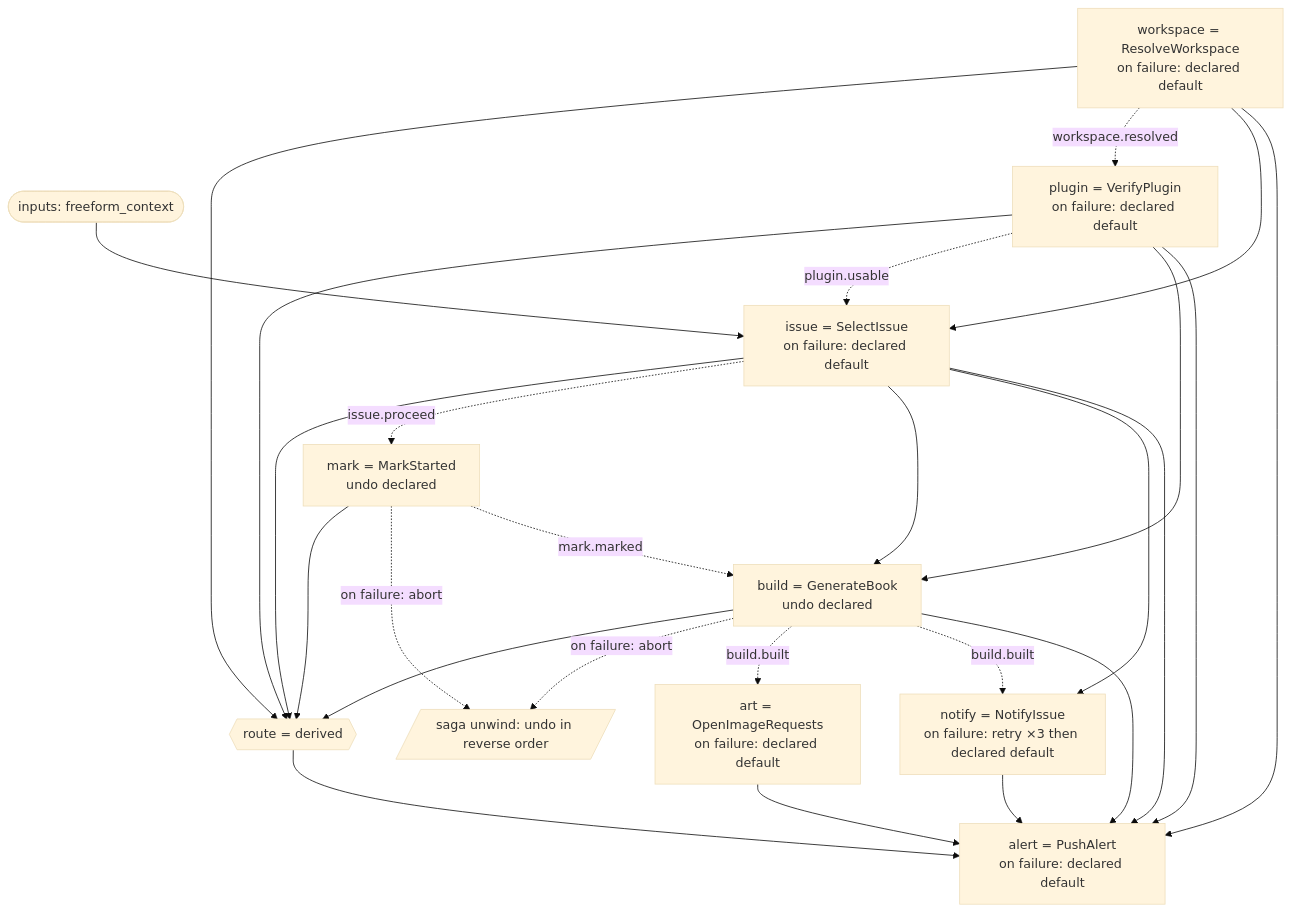
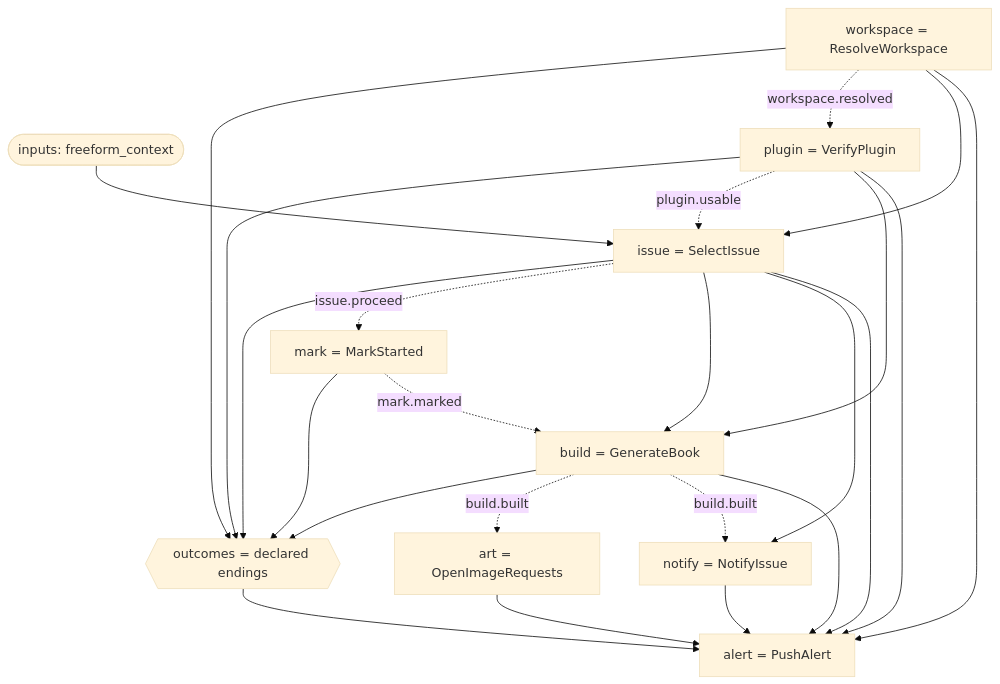
The diagram in docs/BookBank_routine.graph.md (sunprema/AgentSpec), drawn with Mermaid (base theme) before and after one commit. The commit also changed 11 other files, not shown here.

First line of the commit message:
Outcome: declared endings as a first-class construct (spec 2.6)

````diff
--- a/docs/BookBank_routine.graph.md
+++ b/docs/BookBank_routine.graph.md
@@ -5,39 +5,36 @@
 ```mermaid
 flowchart TD
     _inputs(["inputs: freeform_context"])
-    workspace["workspace = ResolveWorkspace<br/>on failure: declared default"]
-    plugin["plugin = VerifyPlugin<br/>on failure: declared default"]
-    issue["issue = SelectIssue<br/>on failure: declared default"]
-    mark["mark = MarkStarted<br/>undo declared"]
-    build["build = GenerateBook<br/>undo declared"]
-    art["art = OpenImageRequests<br/>on failure: declared default"]
-    notify["notify = NotifyIssue<br/>on failure: retry ×3 then declared default"]
-    alert["alert = PushAlert<br/>on failure: declared default"]
-    route{{"route = derived"}}
-    build --> route
-    issue --> route
-    mark --> route
-    plugin --> route
-    workspace --> route
+    workspace["workspace = ResolveWorkspace"]
+    plugin["plugin = VerifyPlugin"]
+    issue["issue = SelectIssue"]
+    mark["mark = MarkStarted"]
+    build["build = GenerateBook"]
+    art["art = OpenImageRequests"]
+    notify["notify = NotifyIssue"]
+    alert["alert = PushAlert"]
+    outcomes{{"outcomes = declared endings"}}
+    build --> outcomes
+    issue --> outcomes
+    mark --> outcomes
+    plugin --> outcomes
+    workspace --> outcomes
     workspace -. "workspace.resolved" .-> plugin
     _inputs --> issue
     plugin -. "plugin.usable" .-> issue
     workspace --> issue
     issue -. "issue.proceed" .-> mark
-    mark -. "on failure: abort" .-> _unwind
     issue --> build
     mark -. "mark.marked" .-> build
     plugin --> build
-    build -. "on failure: abort" .-> _unwind
     build -. "build.built" .-> art
     build -. "build.built" .-> notify
     issue --> notify
     art --> alert
     build --> alert
     issue --> alert
     notify --> alert
+    outcomes --> alert
     plugin --> alert
-    route --> alert
     workspace --> alert
-    _unwind[/"saga unwind: undo in reverse order"/]
 ```
````
